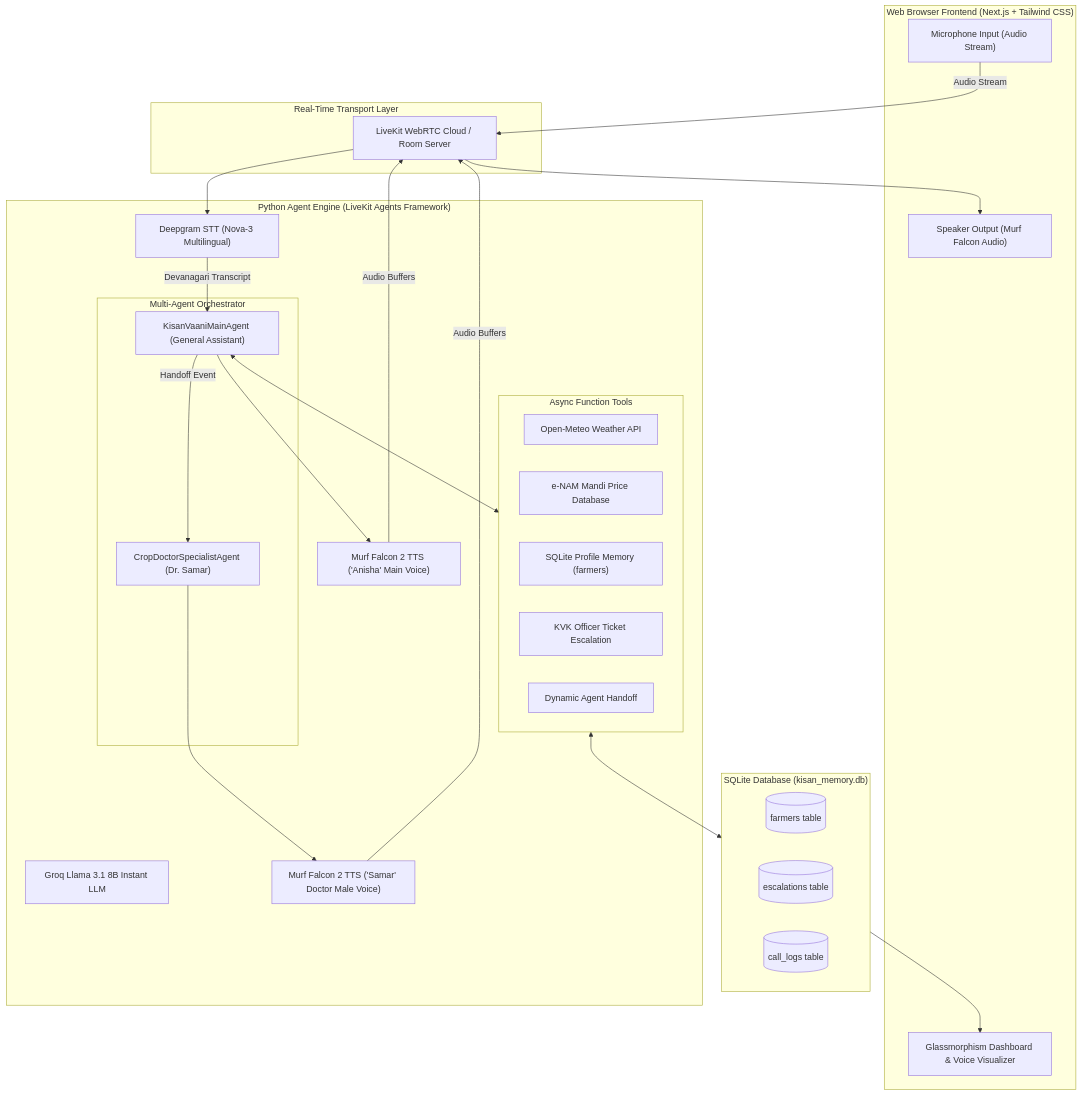
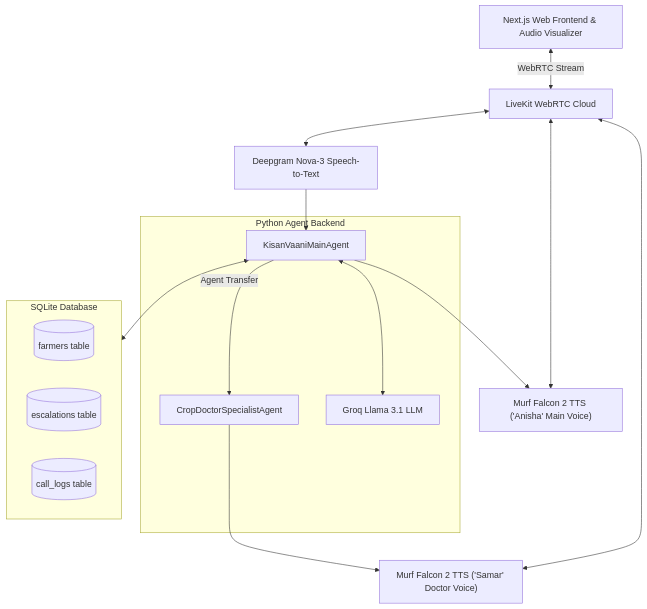
One commit to Aaddii17/murf-livekit-starter changed the diagram in DAY10_BLOG_POST.md. Above: the diagram before and after it, drawn with Mermaid. The commit also changed other lines of this file, not shown here.

````diff
--- a/DAY10_BLOG_POST.md
+++ b/DAY10_BLOG_POST.md
@@ -24,51 +29,27 @@
 ```mermaid
 flowchart TD
-    subgraph Browser ["Web Browser Frontend (Next.js + Tailwind CSS)"]
-        UI["Glassmorphism Dashboard & Voice Visualizer"]
-        Mic["Microphone Input (Audio Stream)"]
-        Speaker["Speaker Output (Murf Falcon Audio)"]
+    Browser["Next.js Web Frontend & Audio Visualizer"] <-->|WebRTC Stream| LiveKit["LiveKit WebRTC Cloud"]
+    LiveKit <--> STT["Deepgram Nova-3 Speech-to-Text"]
+    LiveKit <--> TTS1["Murf Falcon 2 TTS ('Anisha' Main Voice)"]
+    LiveKit <--> TTS2["Murf Falcon 2 TTS ('Samar' Doctor Voice)"]
+    
+    subgraph Agent Engine ["Python Agent Backend"]
+        MainAgent["KisanVaaniMainAgent"]
+        SpecAgent["CropDoctorSpecialistAgent"]
+        LLM["Groq Llama 3.1 LLM"]
     end
 
-    subgraph Transport ["Real-Time Transport Layer"]
-        LK["LiveKit WebRTC Cloud / Room Server"]
-    end
+    STT --> MainAgent
+    MainAgent <--> LLM
+    MainAgent -->|Agent Transfer| SpecAgent
+    MainAgent --> TTS1
+    SpecAgent --> TTS2
 
-    subgraph Backend ["Python Agent Engine (LiveKit Agents Framework)"]
-        STT["Deepgram STT (Nova-3 Multilingual)"]
-        LLM["Groq Llama 3.1 8B Instant LLM"]
-        TTS1["Murf Falcon 2 TTS ('Anisha' Main Voice)"]
-        TTS2["Murf Falcon 2 TTS ('Samar' Doctor Male Voice)"]
-        
-        subgraph Agents ["Multi-Agent Orchestrator"]
-            MainAgent["KisanVaaniMainAgent (General Assistant)"]
-            SpecAgent["CropDoctorSpecialistAgent (Dr. Samar)"]
-        end
-
-        subgraph Tools ["Async Function Tools"]
-            WeatherTool["Open-Meteo Weather API"]
-            MandiTool["e-NAM Mandi Price Database"]
-            MemoryTool["SQLite Profile Memory (farmers)"]
-            EscalationTool["KVK Officer Ticket Escalation"]
-            HandoffTool["Dynamic Agent Handoff"]
-        end
-    end
-
-    subgraph Storage ["SQLite Database (kisan_memory.db)"]
+    subgraph Storage ["SQLite Database"]
         DB1[("farmers table")]
         DB2[("escalations table")]
         DB3[("call_logs table")]
     end
 
-    Mic -->|Audio Stream| LK
-    LK --> STT
-    STT -->|Devanagari Transcript| MainAgent
-    MainAgent <--> Tools
-    Tools <--> Storage
-    MainAgent -->|Handoff Event| SpecAgent
-    MainAgent --> TTS1
-    SpecAgent --> TTS2
-    TTS1 -->|Audio Buffers| LK
-    TTS2 -->|Audio Buffers| LK
-    LK --> Speaker
-    Storage --> UI
+    MainAgent <--> Storage
 ```
````
